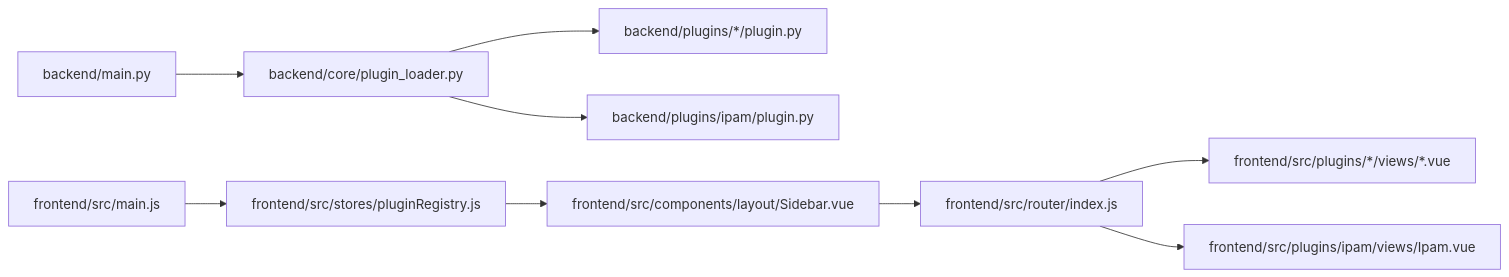
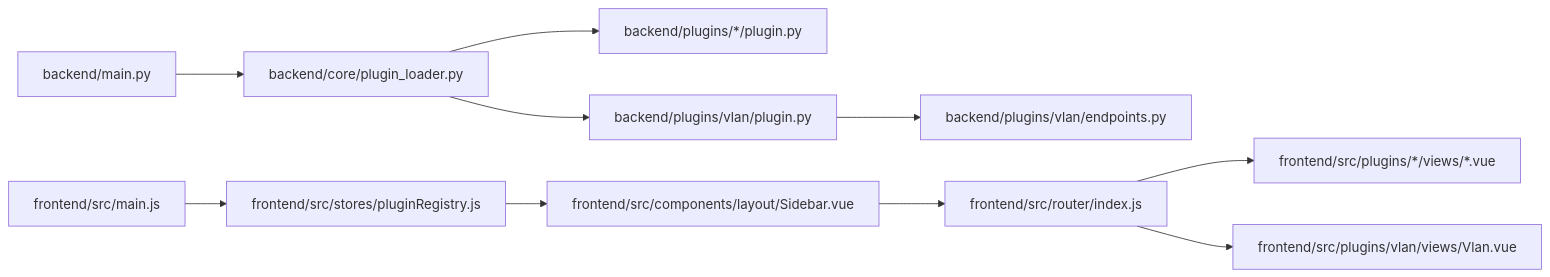
Before and after one commit to Nikita5543/New-SSO-02: diagram 11 of 11 in .qoder/repowiki/en/content/Plugin System Architecture/Frontend Plugin Integration.md, drawn with Mermaid. The commit also changed other lines of this file and 4 other files, not shown here.

````diff
--- a/.qoder/repowiki/en/content/Plugin System Architecture/Frontend Plugin Integration.md
+++ b/.qoder/repowiki/en/content/Plugin System Architecture/Frontend Plugin Integration.md
@@ -396,11 +449,12 @@
 ```mermaid
 graph LR
 BE_Main["backend/main.py"] --> BE_Loader["backend/core/plugin_loader.py"]
 BE_Loader --> BE_Plugin["backend/plugins/*/plugin.py"]
-BE_Loader --> BE_IPAM["backend/plugins/ipam/plugin.py"]
+BE_Loader --> BE_VLAN["backend/plugins/vlan/plugin.py"]
+BE_VLAN --> BE_Endpoints["backend/plugins/vlan/endpoints.py"]
 FE_Init["frontend/src/main.js"] --> FE_Registry["frontend/src/stores/pluginRegistry.js"]
 FE_Registry --> FE_Sidebar["frontend/src/components/layout/Sidebar.vue"]
-FE_Router["frontend/src/router/index.js"] --> FE_Views["frontend/src/plugins/*/views/*.vue"]
-FE_Router --> FE_IPAM_View["frontend/src/plugins/ipam/views/Ipam.vue"]
+FE_Router["frontend/src/router/index.js"] --> FE_VIEWS["frontend/src/plugins/*/views/*.vue"]
+FE_Router --> FE_VLAN_View["frontend/src/plugins/vlan/views/Vlan.vue"]
 FE_Sidebar --> FE_Router
 ```
````
